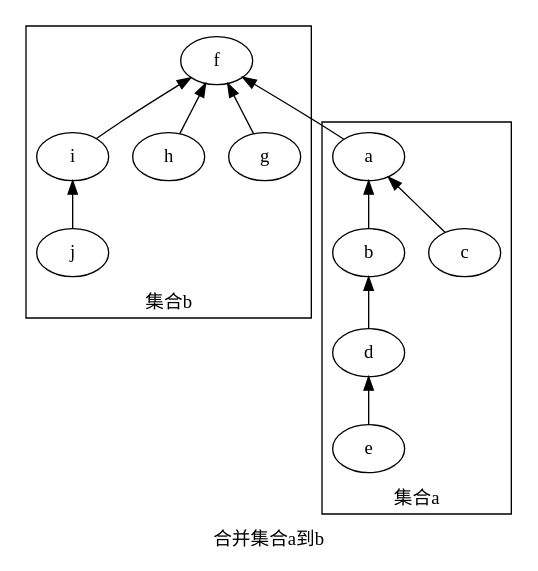
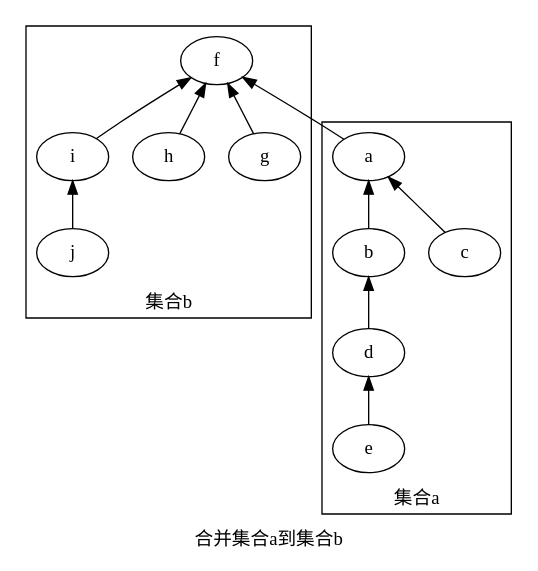
The second of 2 diagrams in DisjointSetUnion.md (hcx2012/book), drawn with Graphviz before and after one commit. The commit also changed other lines of this file, not shown here.

````diff
--- a/DisjointSetUnion.md
+++ b/DisjointSetUnion.md
@@ -78,21 +78,21 @@
 ```dot
-digraph{
-  label = "合并集合a到b"
+digraph "合并集合a到集合b"{
+  label = "合并集合a到集合b"
   rankdir="BT"
   subgraph cluster_a{
     label = "集合a"
     b -> a;
     c -> a;
     d -> b;
     e -> d;
   }
   subgraph cluster_b{
     label = "集合b"
     g -> f;
     h -> f;
     i -> f;
     j -> i;
   }
   a -> f;
 }
 ```
````
